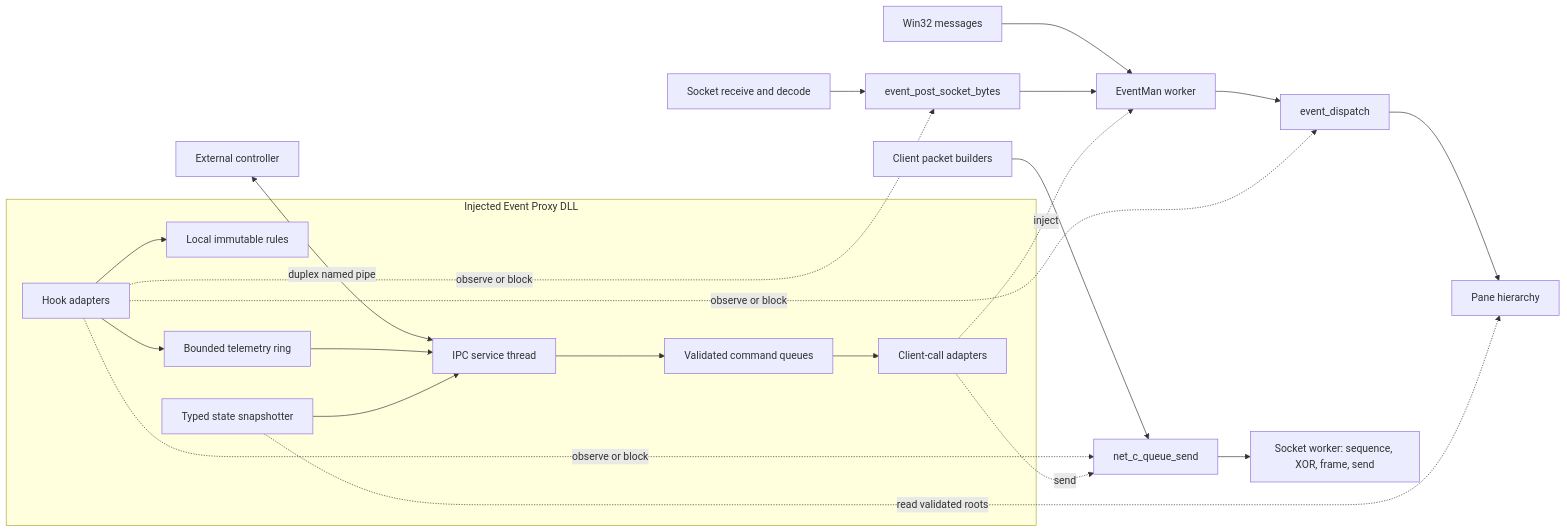
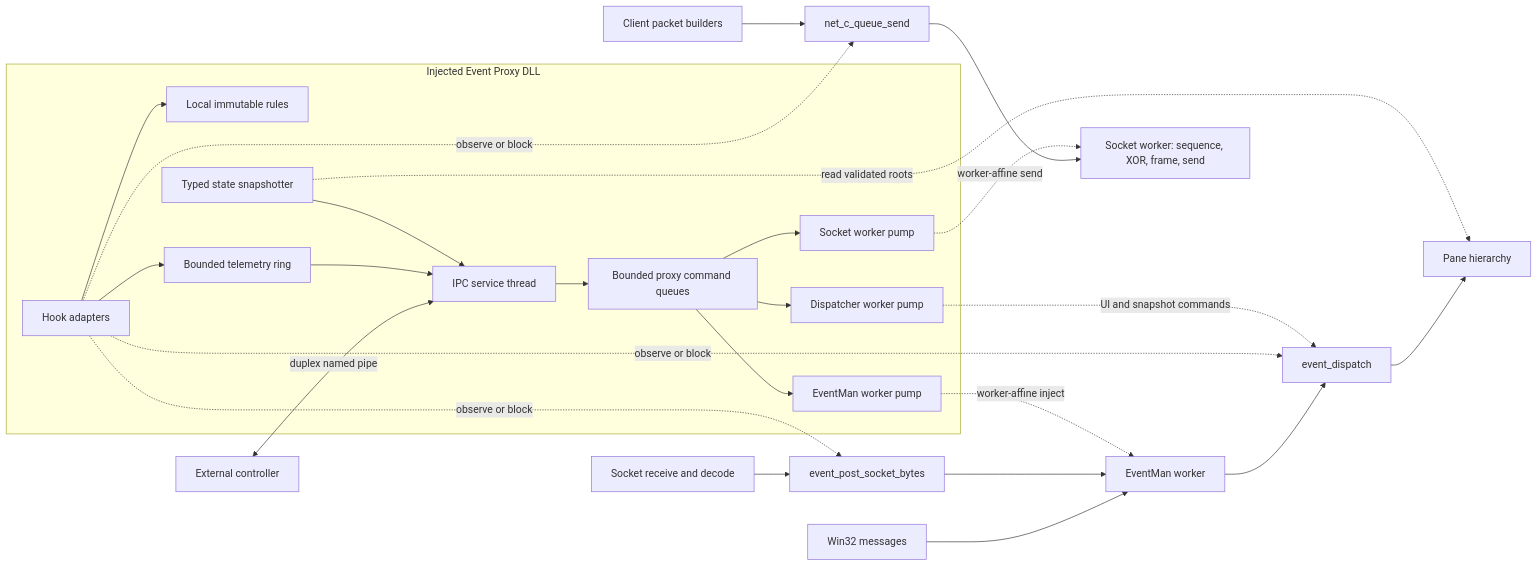
One commit to ewrogers/darkages-421-re changed the diagram in docs/event-proxy/architecture.md. Above: the diagram before and after it, drawn with Mermaid. The commit also changed other lines of this file and 8 other files, not shown here.

Commit message:
docs(event-proxy): define thread-safe worker pumps

````diff
--- a/docs/event-proxy/architecture.md
+++ b/docs/event-proxy/architecture.md
@@ -27,28 +27,31 @@
 ```mermaid
 flowchart LR
     Controller["External controller"] <-->|"duplex named pipe"| IPC["IPC service thread"]
 
     subgraph Proxy["Injected Event Proxy DLL"]
-        IPC --> Commands["Validated command queues"]
+        IPC --> Commands["Bounded proxy command queues"]
         Hooks["Hook adapters"] --> Rules["Local immutable rules"]
         Hooks --> Telemetry["Bounded telemetry ring"]
         Telemetry --> IPC
-        Commands --> Adapters["Client-call adapters"]
+        Commands --> SocketPump["Socket worker pump"]
+        Commands --> EventPump["EventMan worker pump"]
+        Commands --> DispatchPump["Dispatcher worker pump"]
         Snapshot["Typed state snapshotter"] --> IPC
     end
 
     Win32["Win32 messages"] --> EventMan["EventMan worker"]
     Receive["Socket receive and decode"] --> Inbound["event_post_socket_bytes"]
     Inbound --> EventMan
     EventMan --> Dispatch["event_dispatch"]
     Dispatch --> Panes["Pane hierarchy"]
     Builders["Client packet builders"] --> Outbound["net_c_queue_send"]
     Outbound --> SocketWorker["Socket worker: sequence, XOR, frame, send"]
 
     Hooks -. "observe or block" .-> Inbound
     Hooks -. "observe or block" .-> Dispatch
     Hooks -. "observe or block" .-> Outbound
-    Adapters -. "inject" .-> EventMan
-    Adapters -. "send" .-> Outbound
+    SocketPump -. "worker-affine send" .-> SocketWorker
+    EventPump -. "worker-affine inject" .-> EventMan
+    DispatchPump -. "UI and snapshot commands" .-> Dispatch
     Snapshot -. "read validated roots" .-> Panes
 ```
````
